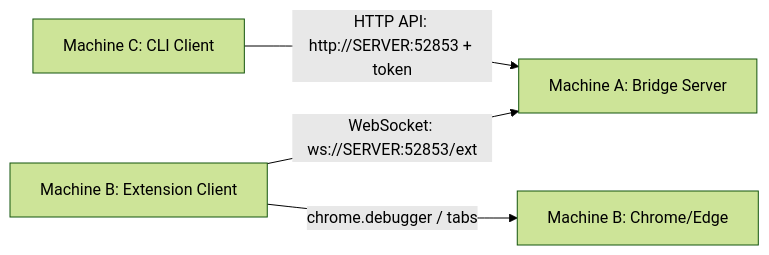
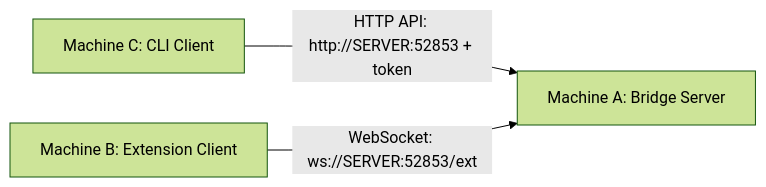
The third of 3 diagrams in README.md (dreamhunter2333/browser-bridge-cli), drawn with Mermaid (forest theme) before and after one commit. The commit also changed other lines of this file and 1 other file, not shown here.

Commit message:
Simplify README deployment diagrams

````diff
--- a/README.md
+++ b/README.md
@@ -164,11 +156,9 @@
 ```mermaid
 graph LR
     CLI["Machine C: CLI Client"]
     Bridge["Machine A: Bridge Server"]
     Ext["Machine B: Extension Client"]
-    Browser["Machine B: Chrome/Edge"]
 
     CLI -->|"HTTP API: http://SERVER:52853 + token"| Bridge
     Ext -->|"WebSocket: ws://SERVER:52853/ext"| Bridge
-    Ext -->|"chrome.debugger / tabs"| Browser
 ```
````
